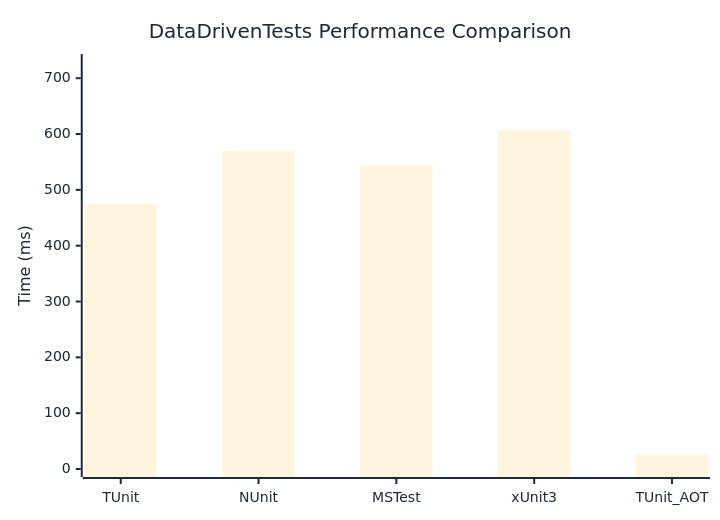
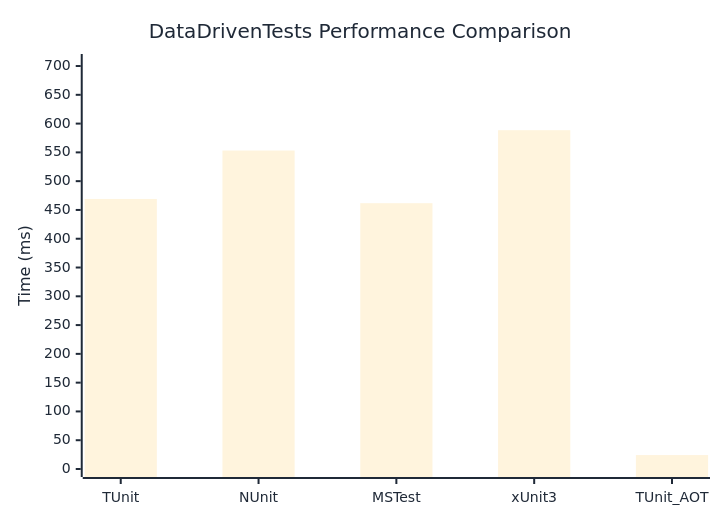
The diagram in docs/docs/benchmarks/DataDrivenTests.md (thomhurst/TUnit), drawn with Mermaid before and after one commit. The commit also changed other lines of this file and 17 other files, not shown here.

````diff
--- a/docs/docs/benchmarks/DataDrivenTests.md
+++ b/docs/docs/benchmarks/DataDrivenTests.md
@@ -27,37 +27,37 @@
 ```mermaid
 %%{init: {
   'theme':'base',
   'themeVariables': {
     'primaryColor': '#2563eb',
     'primaryTextColor': '#1f2937',
     'primaryBorderColor': '#1e40af',
     'lineColor': '#6b7280',
     'secondaryColor': '#7c3aed',
     'tertiaryColor': '#dc2626',
     'background': '#ffffff',
     'mainBkg': '#2563eb',
     'secondBkg': '#7c3aed',
     'tertiaryBkg': '#dc2626',
     'clusterBkg': '#f3f4f6',
     'edgeLabelBackground': '#ffffff',
     'tertiaryTextColor': '#1f2937',
     'pie1': '#2563eb',
     'pie2': '#7c3aed',
     'pie3': '#dc2626',
     'pie4': '#f59e0b',
     'pie5': '#10b981',
     'pie6': '#06b6d4',
     'pie7': '#ec4899',
     'pie8': '#6366f1',
     'pie9': '#84cc16',
     'pie10': '#f97316',
     'pie11': '#14b8a6',
     'pie12': '#a855f7'
   }
 }}%%
 xychart-beta
   title "DataDrivenTests Performance Comparison"
   x-axis ["TUnit", "NUnit", "MSTest", "xUnit3", "TUnit_AOT"]
-  y-axis "Time (ms)" 0 --> 729
-  bar [474.05, 569.7, 544.23, 606.81, 25.12]
+  y-axis "Time (ms)" 0 --> 707
+  bar [469.09, 553.19, 461.75, 588.54, 24.19]
 ```
````
